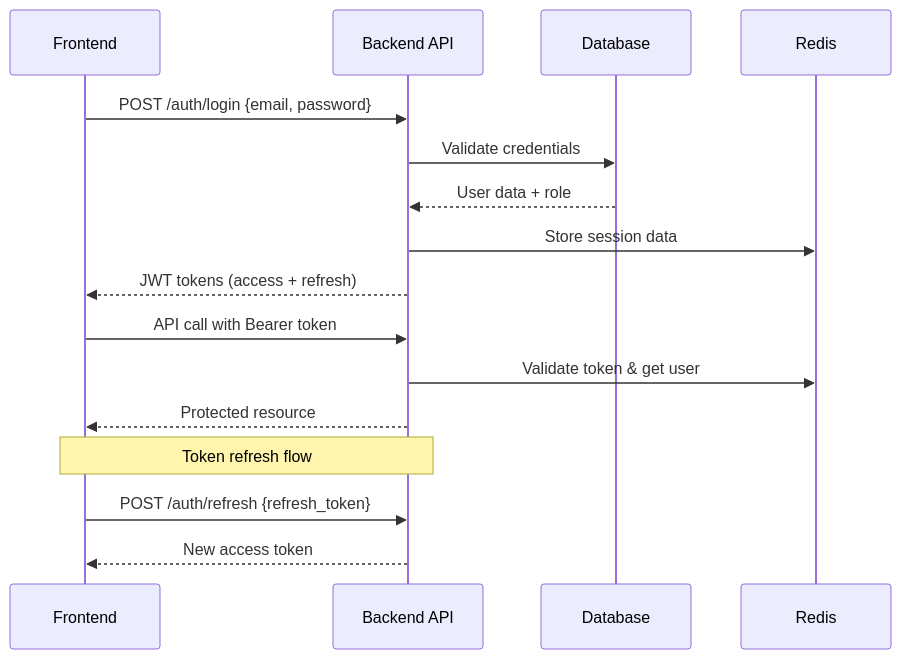
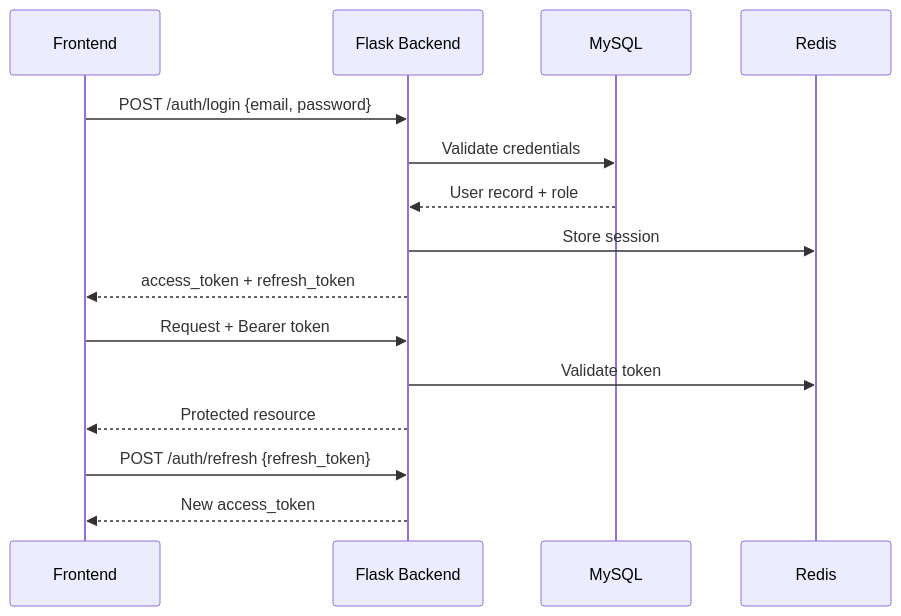
One commit to iSHOURIYA/FraudNet.AI changed the diagram in README.md. Above: the diagram before and after it, drawn with Mermaid. The commit also changed other lines of this file, not shown here.

````diff
--- a/README.md
+++ b/README.md
@@ -411,21 +480,20 @@
 ```mermaid
 sequenceDiagram
     participant UI as Frontend
-    participant API as Backend API
-    participant DB as Database
+    participant API as Flask Backend
+    participant DB as MySQL
     participant Cache as Redis
 
     UI->>API: POST /auth/login {email, password}
     API->>DB: Validate credentials
-    DB-->>API: User data + role
-    API->>Cache: Store session data
-    API-->>UI: JWT tokens (access + refresh)
+    DB-->>API: User record + role
+    API->>Cache: Store session
+    API-->>UI: access_token + refresh_token
 
-    UI->>API: API call with Bearer token
-    API->>Cache: Validate token & get user
+    UI->>API: Request + Bearer token
+    API->>Cache: Validate token
     API-->>UI: Protected resource
 
-    Note over UI,API: Token refresh flow
     UI->>API: POST /auth/refresh {refresh_token}
-    API-->>UI: New access token
+    API-->>UI: New access_token
 ```
````
